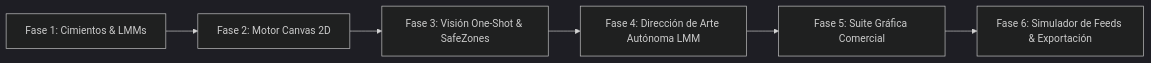
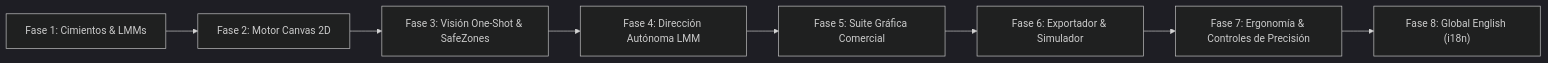
Before and after one commit to jrmurillom/YText-Studio: the diagram in docs/ROADMAP.md, drawn with Mermaid (dark theme). The commit also changed other lines of this file and 7 other files, not shown here.

````diff
--- a/docs/ROADMAP.md
+++ b/docs/ROADMAP.md
@@ -33,8 +35,10 @@
 ```mermaid
 flowchart LR
     Fase1["Fase 1: Cimientos & LMMs"] --> Fase2["Fase 2: Motor Canvas 2D"]
     Fase2 --> Fase3["Fase 3: Visión One-Shot & SafeZones"]
-    Fase3 --> Fase4["Fase 4: Dirección de Arte Autónoma LMM"]
+    Fase3 --> Fase4["Fase 4: Dirección Autónoma LMM"]
     Fase4 --> Fase5["Fase 5: Suite Gráfica Comercial"]
-    Fase5 --> Fase6["Fase 6: Simulador de Feeds & Exportación"]
+    Fase5 --> Fase6["Fase 6: Exportador & Simulador"]
+    Fase6 --> Fase7["Fase 7: Ergonomía & Controles de Precisión"]
+    Fase7 --> Fase8["Fase 8: Global English (i18n)"]
 ```
````
